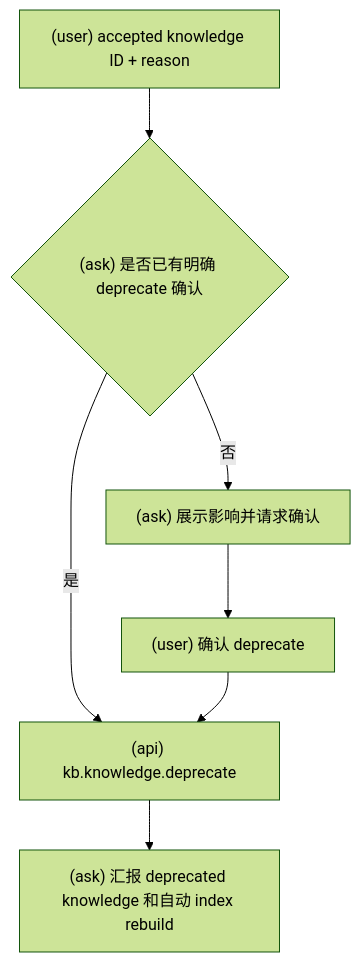
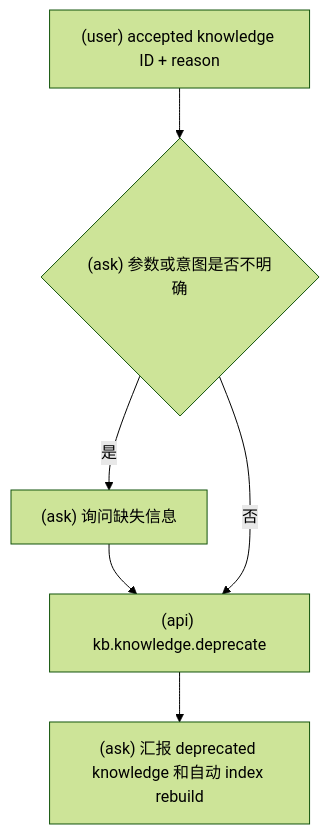
Before and after one commit to srangerme/KBManager: the third of 3 diagrams in skills/kbm-candidate/SKILL.md, drawn with Mermaid (forest theme). The commit also changed other lines of this file and 48 other files, not shown here.

````diff
--- a/skills/kbm-candidate/SKILL.md
+++ b/skills/kbm-candidate/SKILL.md
@@ -164,9 +167,8 @@
 ```mermaid
 flowchart TD
-  A["(user) accepted knowledge ID + reason"] --> B{"(ask) 是否已有明确 deprecate 确认"}
-  B -- 否 --> C["(ask) 展示影响并请求确认"]
-  C --> D["(user) 确认 deprecate"]
-  B -- 是 --> E["(api) kb.knowledge.deprecate"]
-  D --> E
+  A["(user) accepted knowledge ID + reason"] --> B{"(ask) 参数或意图是否不明确"}
+  B -- 是 --> C["(ask) 询问缺失信息"]
+  C --> E["(api) kb.knowledge.deprecate"]
+  B -- 否 --> E["(api) kb.knowledge.deprecate"]
   E --> F["(ask) 汇报 deprecated knowledge 和自动 index rebuild"]
 ```
````
